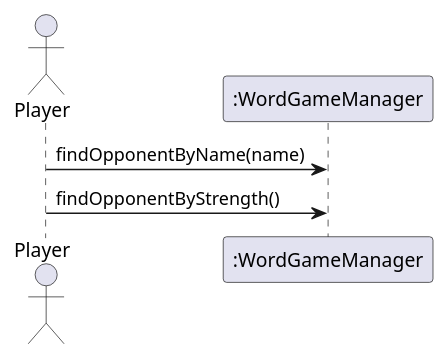
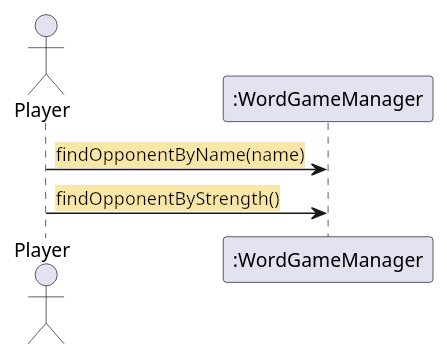
The second of 23 diagrams in app/check-design/_sections/common-mistakes-before-and-after.mdx (HAN-Craftsmanship-KL-JJG/oose-study), drawn with PlantUML before and after one commit. The commit also changed other lines of this file and 37 other files, not shown here.

````diff
--- a/app/check-design/_sections/common-mistakes-before-and-after.mdx
+++ b/app/check-design/_sections/common-mistakes-before-and-after.mdx
@@ -17,6 +17,6 @@
 ```plantuml
     actor "Player" as S
     participant ":WordGameManager" as M
-    S -> M : findOpponentByName(name)
-    S -> M : findOpponentByStrength()
+    S -> M : <back:#F9E7A8>findOpponentByName(name)</back>
+    S -> M : <back:#F9E7A8>findOpponentByStrength()</back>
 ```
````
